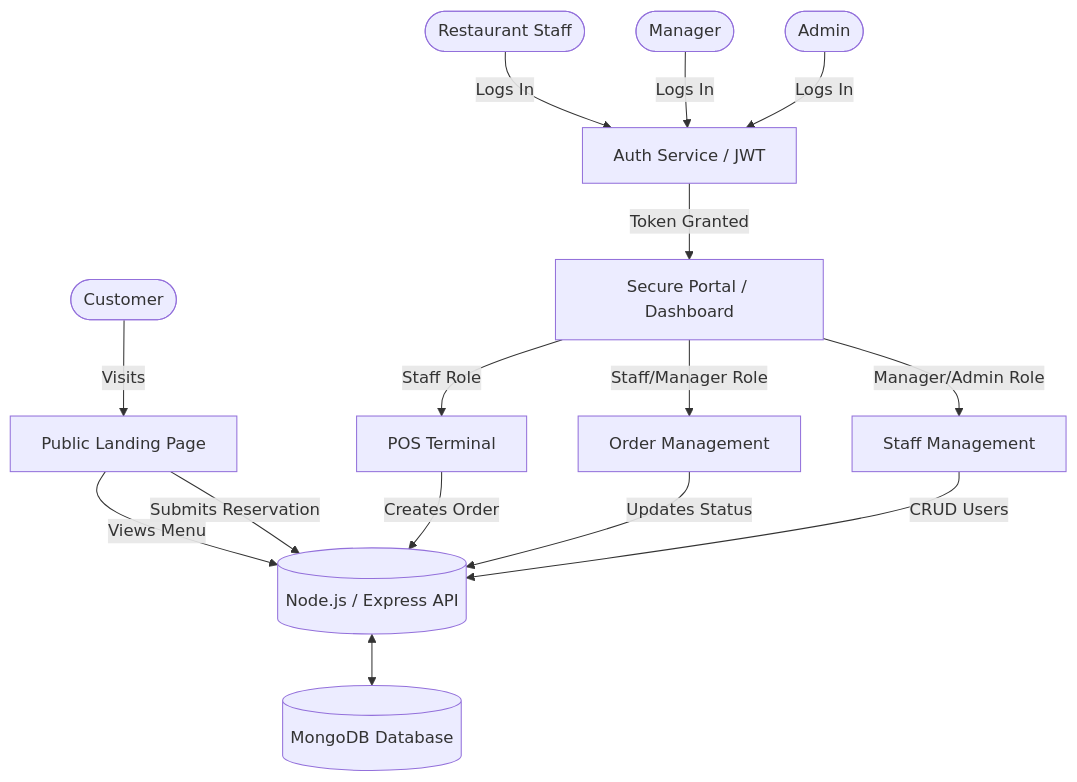
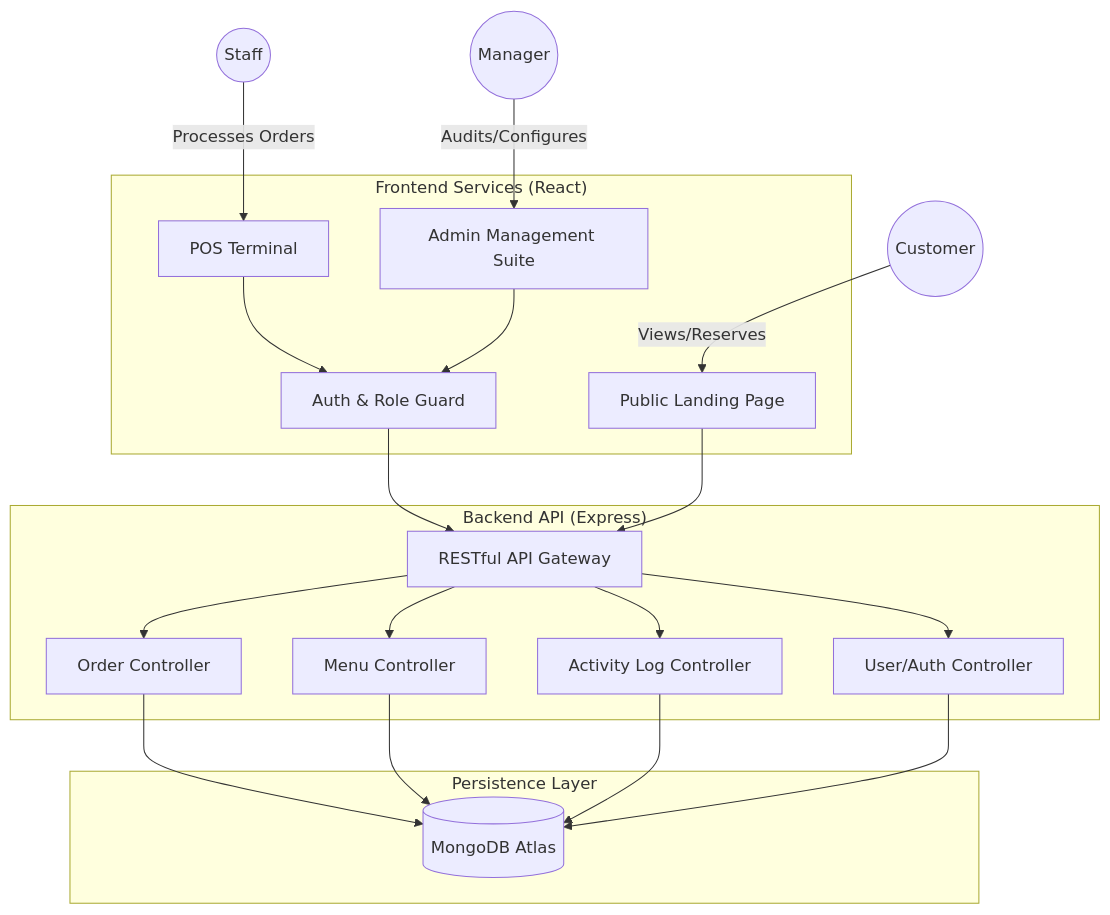
Before and after one commit to rautbibek123/Restaurant_Landing_Page: the first of 2 diagrams in README.md, drawn with Mermaid. The commit also changed other lines of this file, not shown here.

Commit message:
the POS in admin portal is updated

````diff
--- a/README.md
+++ b/README.md
@@ -43,22 +35,32 @@
 ```mermaid
-flowchart TD
-    Customer([Customer]) -->|Visits| LandingPage[Public Landing Page]
-    LandingPage -->|Views Menu| BackendAPI
-    LandingPage -->|Submits Reservation| BackendAPI
+graph TD
+    User((Customer)) -->|Views/Reserves| Web[Public Landing Page]
+    Staff((Staff)) -->|Processes Orders| POS[POS Terminal]
+    Admin((Manager)) -->|Audits/Configures| AdminPortal[Admin Management Suite]
+
+    subgraph "Frontend Services (React)"
+        Web
+        POS
+        AdminPortal
+        AuthContext[Auth & Role Guard]
+    end
+
+    subgraph "Backend API (Express)"
+        API[RESTful API Gateway]
+        OC[Order Controller]
+        MC[Menu Controller]
+        AC[Activity Log Controller]
+        UC[User/Auth Controller]
+    end
+
+    subgraph "Persistence Layer"
+        DB[(MongoDB Atlas)]
+    end
+
+    POS & AdminPortal --> AuthContext
+    AuthContext --> API
+    Web --> API
     
-    Staff([Restaurant Staff]) -->|Logs In| Auth[Auth Service / JWT]
-    Manager([Manager]) -->|Logs In| Auth
-    Admin([Admin]) -->|Logs In| Auth
-    
-    Auth -->|Token Granted| PortalLayout[Secure Portal / Dashboard]
-    
-    PortalLayout -->|Staff Role| POS[POS Terminal]
-    PortalLayout -->|Staff/Manager Role| Orders[Order Management]
-    PortalLayout -->|Manager/Admin Role| StaffMgmt[Staff Management]
-    
-    POS -->|Creates Order| BackendAPI
-    Orders -->|Updates Status| BackendAPI
-    StaffMgmt -->|CRUD Users| BackendAPI
-    
-    BackendAPI[(Node.js / Express API)] <--> MongoDB[(MongoDB Database)]
+    API --> OC & MC & AC & UC
+    OC & MC & AC & UC --> DB
 ```
````
